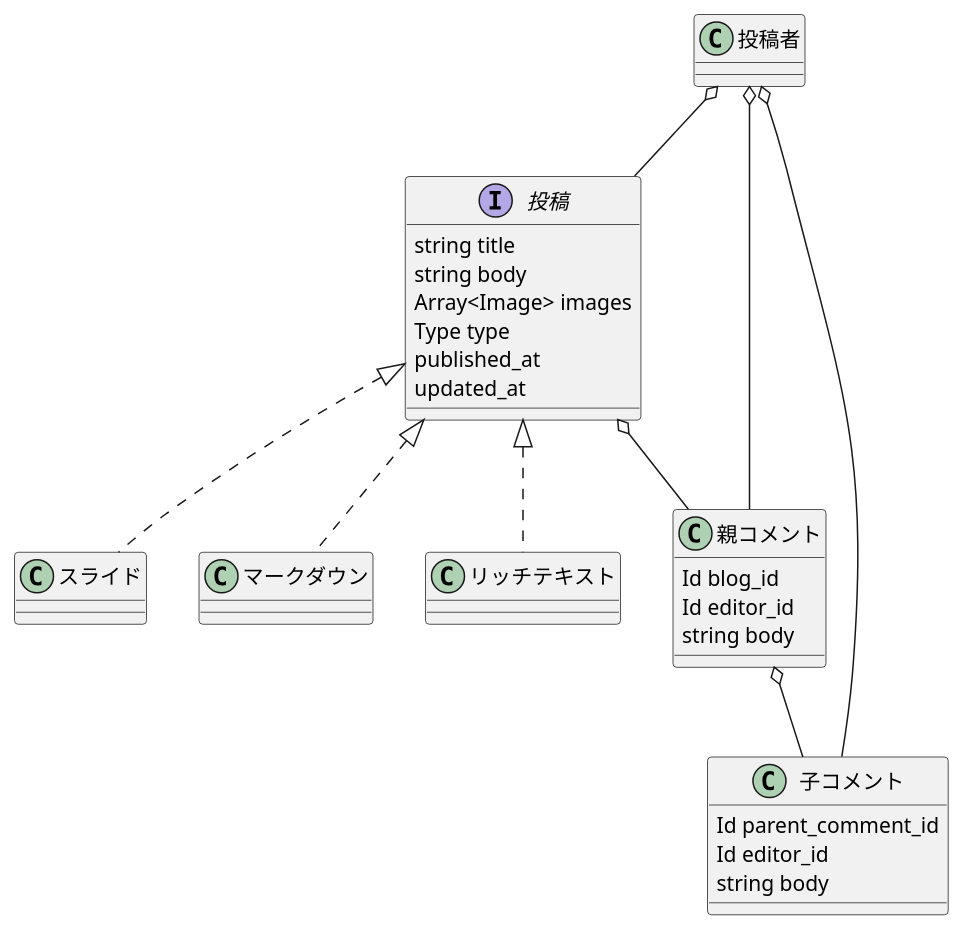
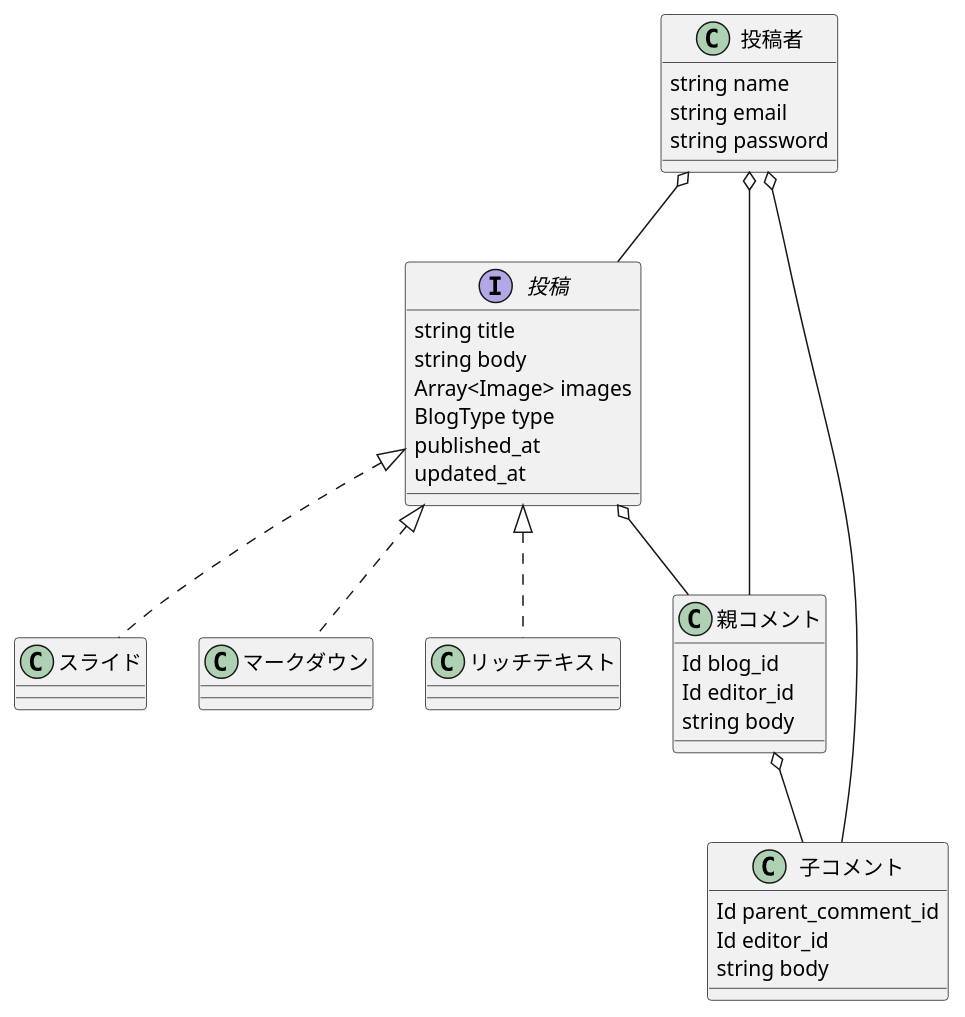
Before and after one commit to k42un0k0/k42un0k0blog: the diagram in doc/class.pu, drawn with PlantUML. The commit also changed 13 other files, not shown here.

```diff
--- a/doc/class.pu
+++ b/doc/class.pu
@@ -1,42 +1,45 @@
 @startuml
 
 interface 投稿{
     string title
     string body
     Array<Image> images
-    Type type
+    BlogType type
     published_at
     updated_at
 }
 
 class スライド implements 投稿{
 }
 
 class マークダウン implements 投稿{
 }
 
 class リッチテキスト implements 投稿{
 }
 
 class 投稿者{
+    string name
+    string email
+    string password
 }
 
 class 親コメント{
     Id blog_id
     Id editor_id
     string body
 }
 
 class 子コメント{
     Id parent_comment_id
     Id editor_id
     string body
 }
 
 投稿者 o-- 投稿
 投稿者 o-- 親コメント
 投稿者 o-- 子コメント
 投稿 o-- 親コメント
 親コメント o-- 子コメント
 
 @enduml
```
